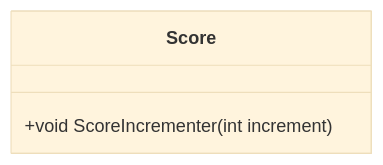
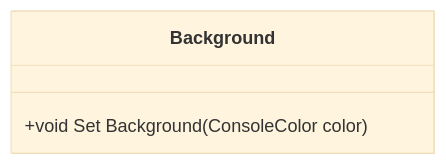
The fifth of 7 diagrams in dokumentasjon/diagram/klasse-diagram.md (NexusWeave/MVP-FlappyBird-cs), drawn with Mermaid (base theme) before and after one commit. The commit also changed other lines of this file, not shown here.

Commit message:
Rename 'Score' class to 'Background' and update its method definition in klasse-diagram.md

````diff
--- a/dokumentasjon/diagram/klasse-diagram.md
+++ b/dokumentasjon/diagram/klasse-diagram.md
@@ -77,8 +77,8 @@
 ```mermaid
     classDiagram
         direction TD
 
-        class Score {
-            +void ScoreIncrementer(int increment)
+        class Background {
+            +void Set Background(ConsoleColor color)
         }
 ```
````
